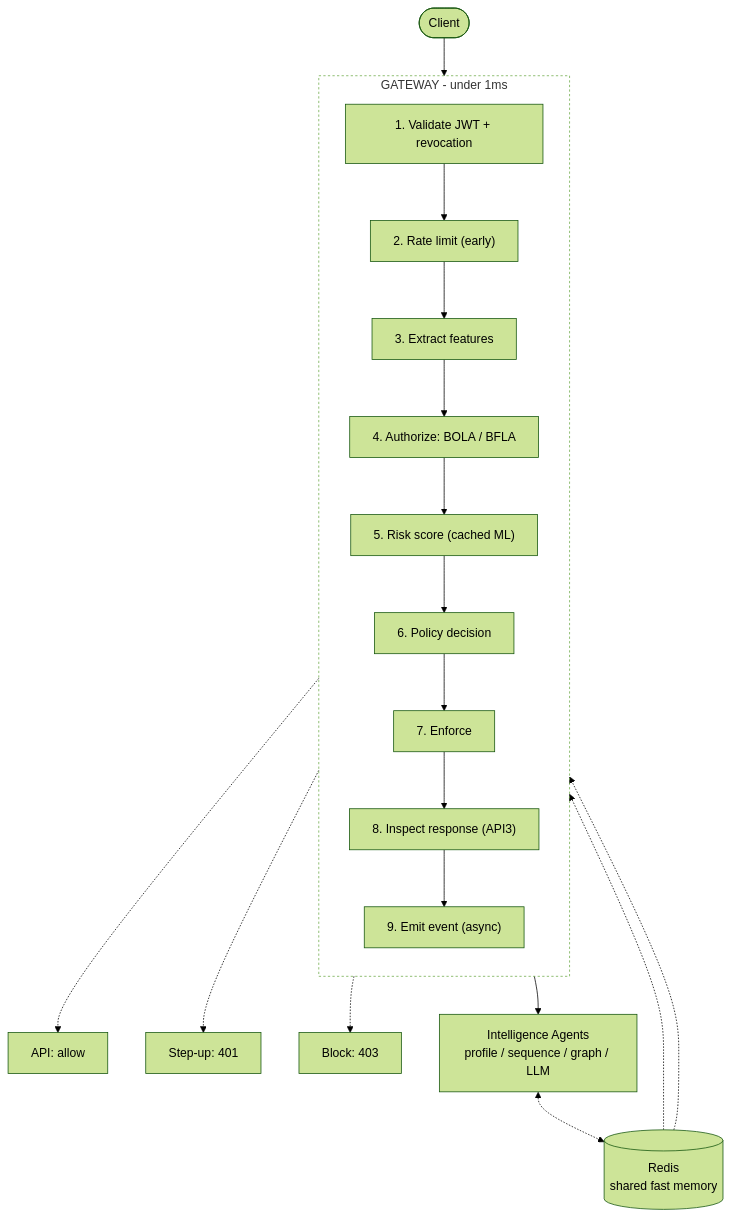
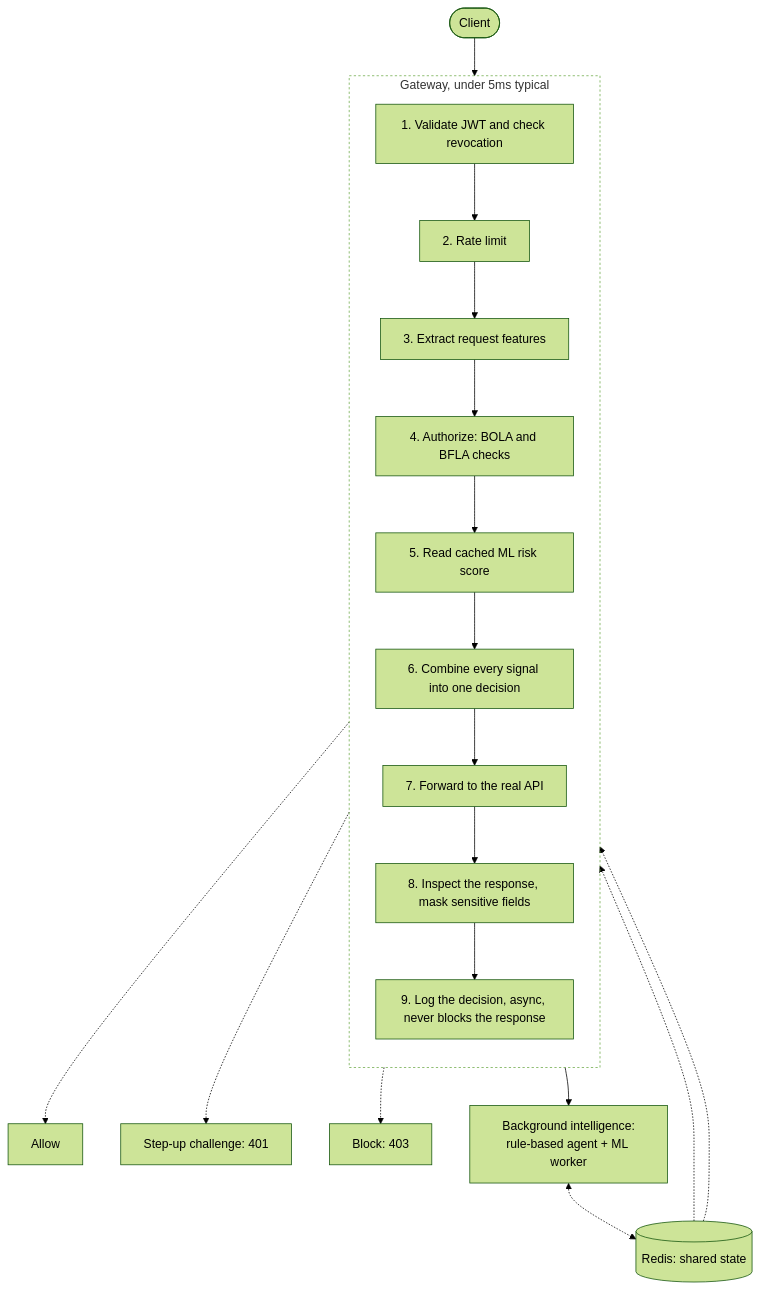
Before and after one commit to g0w6y/NeuroBots: the diagram in README.md, drawn with Mermaid (forest theme). The commit also changed other lines of this file, not shown here.

First line of the commit message:
README: complete rewrite, plain language, fix a real inaccuracy

````diff
--- a/README.md
+++ b/README.md
@@ -23,29 +61,29 @@
 ```mermaid
 flowchart TD
     Client(["Client"]) --> S1
 
-    subgraph Gateway["GATEWAY - under 1ms"]
+    subgraph Gateway["Gateway, under 5ms typical"]
         direction TB
-        S1["1. Validate JWT + revocation"]
-        S2["2. Rate limit (early)"]
-        S3["3. Extract features"]
-        S4["4. Authorize: BOLA / BFLA"]
-        S5["5. Risk score (cached ML)"]
-        S6["6. Policy decision"]
-        S7["7. Enforce"]
-        S8["8. Inspect response (API3)"]
-        S9["9. Emit event (async)"]
+        S1["1. Validate JWT and check revocation"]
+        S2["2. Rate limit"]
+        S3["3. Extract request features"]
+        S4["4. Authorize: BOLA and BFLA checks"]
+        S5["5. Read cached ML risk score"]
+        S6["6. Combine every signal into one decision"]
+        S7["7. Forward to the real API"]
+        S8["8. Inspect the response, mask sensitive fields"]
+        S9["9. Log the decision, async, never blocks the response"]
         S1 --> S2 --> S3 --> S4 --> S5 --> S6 --> S7 --> S8 --> S9
     end
 
-    S6 -.-> Allow["API: allow"]
-    S6 -.-> StepUp["Step-up: 401"]
+    S6 -.-> Allow["Allow"]
+    S6 -.-> StepUp["Step-up challenge: 401"]
     S6 -.-> Block["Block: 403"]
 
-    S9 --> Agents["Intelligence Agents<br/>profile / sequence / graph / LLM"]
-    Agents <-.-> Redis[("Redis<br/>shared fast memory")]
+    S9 --> Agents["Background intelligence:<br/>rule-based agent + ML worker"]
+    Agents <-.-> Redis[("Redis: shared state")]
     Redis -.-> S4
     Redis -.-> S5
 
     style Gateway fill:transparent,stroke-dasharray: 3 3
 ```
````
